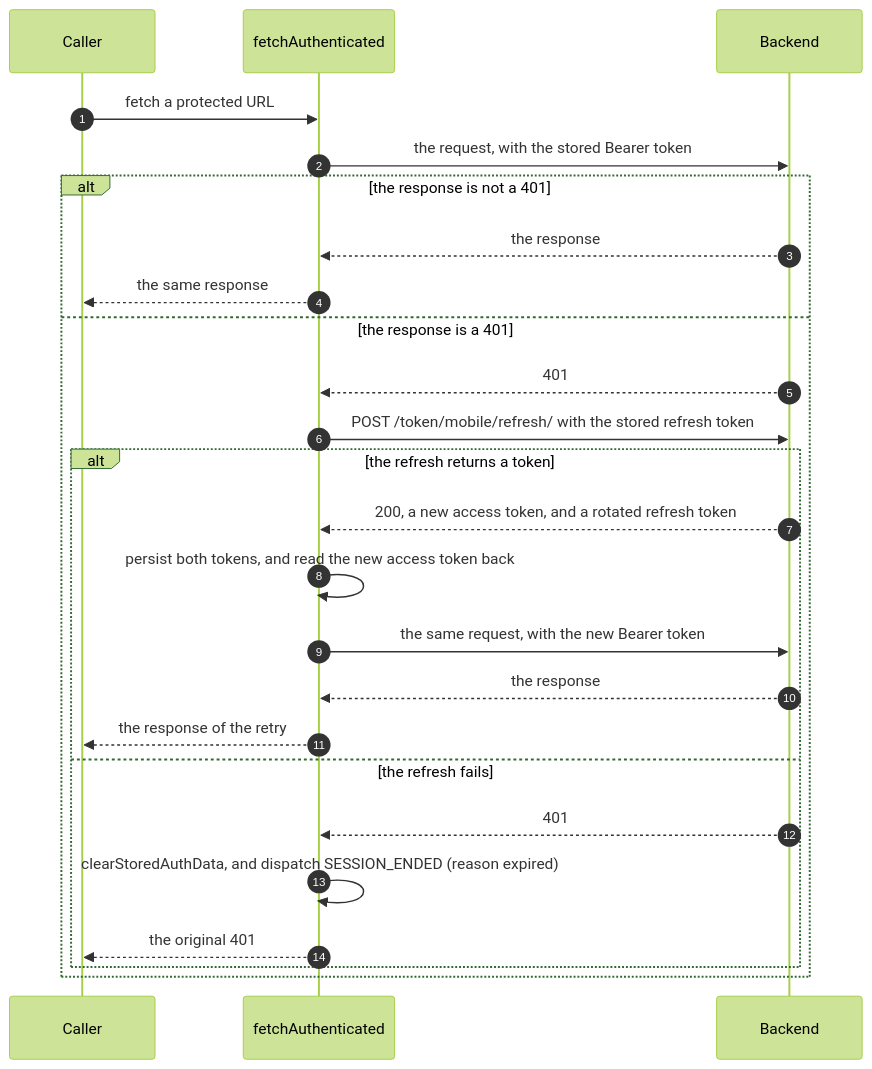
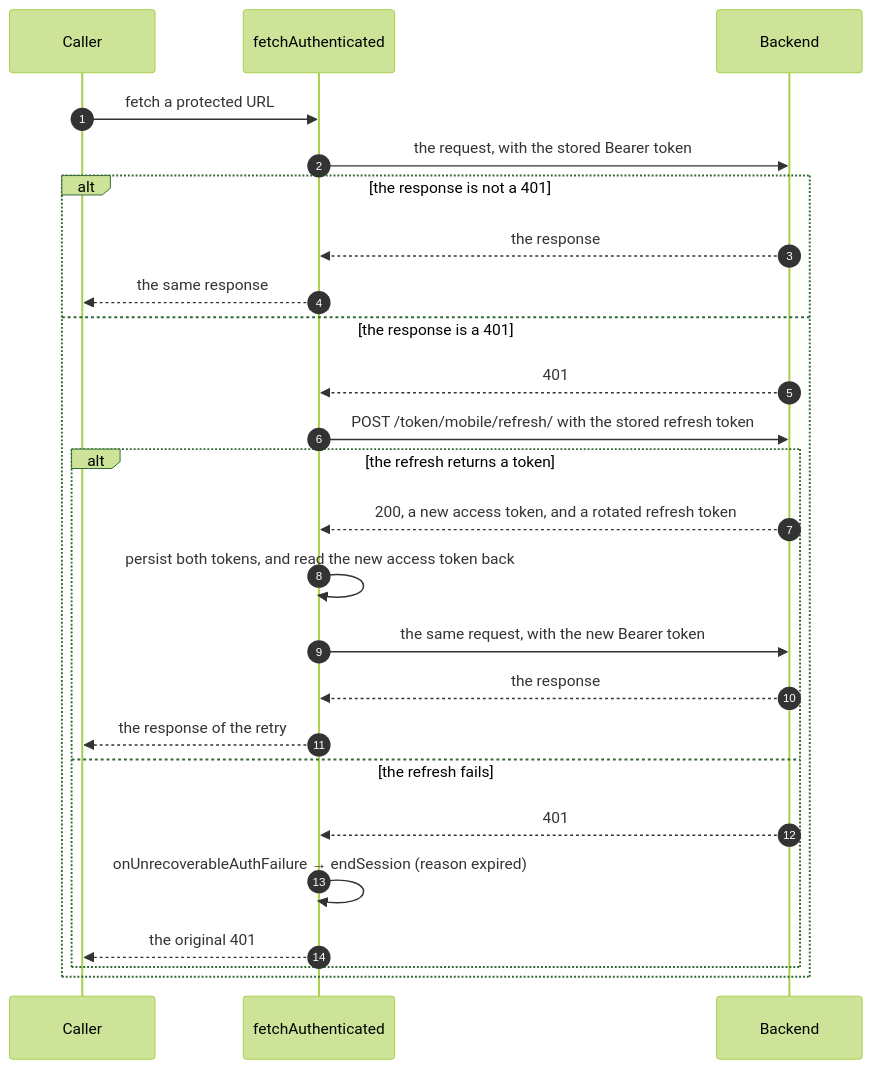
The third of 4 diagrams in mobile/doc/authentication.md (floels/pinit), drawn with Mermaid (forest theme) before and after one commit. The commit also changed other lines of this file and 5 other files, not shown here.

````diff
--- a/mobile/doc/authentication.md
+++ b/mobile/doc/authentication.md
@@ -174,28 +174,28 @@
 ```mermaid
 sequenceDiagram
     autonumber
     participant C as Caller
     participant F as fetchAuthenticated
     participant B as Backend
 
     C->>F: fetch a protected URL
     F->>B: the request, with the stored Bearer token
     alt the response is not a 401
         B-->>F: the response
         F-->>C: the same response
     else the response is a 401
         B-->>F: 401
         F->>B: POST /token/mobile/refresh/ with the stored refresh token
         alt the refresh returns a token
             B-->>F: 200, a new access token, and a rotated refresh token
             F->>F: persist both tokens, and read the new access token back
             F->>B: the same request, with the new Bearer token
             B-->>F: the response
             F-->>C: the response of the retry
         else the refresh fails
             B-->>F: 401
-            F->>F: clearStoredAuthData, and dispatch SESSION_ENDED (reason expired)
+            F->>F: onUnrecoverableAuthFailure → endSession (reason expired)
             F-->>C: the original 401
         end
     end
 ```
````
